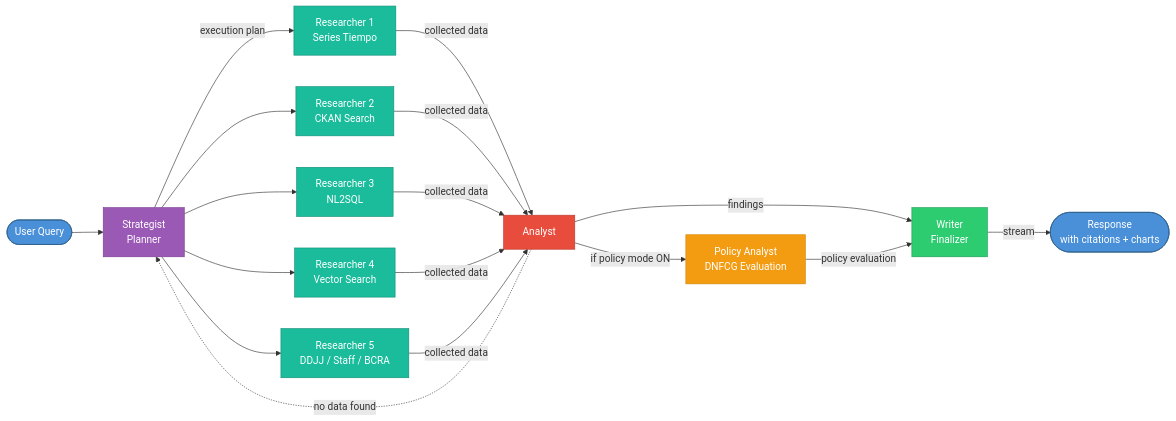
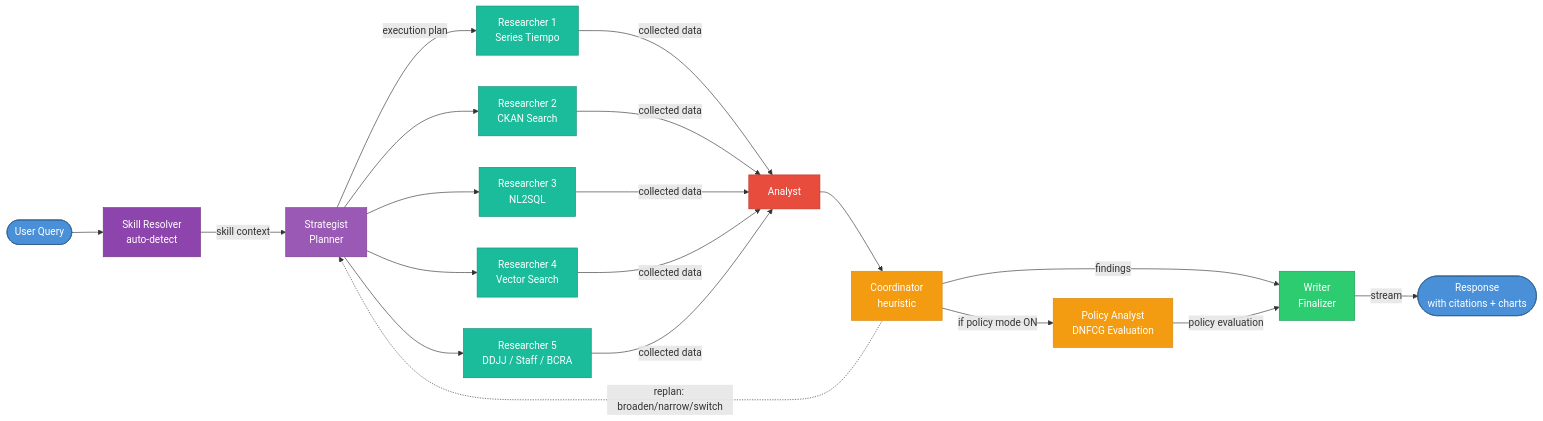
One commit to colossus-lab/openarg_backend changed the second of 5 diagrams in docs/diagrams.md. Above: the diagram before and after it, drawn with Mermaid. The commit also changed other lines of this file and 14 other files, not shown here.

````diff
--- a/docs/diagrams.md
+++ b/docs/diagrams.md
@@ -61,32 +65,36 @@
 ```mermaid
 graph LR
-    User([User Query]) --> Strategist
+    User([User Query]) --> Skills[Skill Resolver\nauto-detect]
+    Skills -->|skill context| Strategist
 
     Strategist[Strategist\nPlanner] -->|execution plan| R1[Researcher 1\nSeries Tiempo]
     Strategist --> R2[Researcher 2\nCKAN Search]
     Strategist --> R3[Researcher 3\nNL2SQL]
     Strategist --> R4[Researcher 4\nVector Search]
     Strategist --> R5[Researcher 5\nDDJJ / Staff / BCRA]
 
     R1 & R2 & R3 & R4 & R5 -->|collected data| Analyst[Analyst]
 
-    Analyst -->|if policy mode ON| Policy[Policy Analyst\nDNFCG Evaluation]
-    Analyst -->|findings| Writer[Writer\nFinalizer]
+    Analyst --> Coord[Coordinator\nheuristic]
+    Coord -->|if policy mode ON| Policy[Policy Analyst\nDNFCG Evaluation]
+    Coord -->|findings| Writer[Writer\nFinalizer]
     Policy -->|policy evaluation| Writer
 
     Writer -->|stream| Response([Response\nwith citations + charts])
 
-    Analyst -.->|no data found| Strategist
+    Coord -.->|replan: broaden/narrow/switch| Strategist
 
     style User fill:#4A90D9,stroke:#2C5F8A,color:#fff
+    style Skills fill:#8E44AD,stroke:#6C3483,color:#fff
     style Strategist fill:#9B59B6,stroke:#7A3D92,color:#fff
+    style Coord fill:#F39C12,stroke:#D68910,color:#fff
     style R1 fill:#1ABC9C,stroke:#148F77,color:#fff
     style R2 fill:#1ABC9C,stroke:#148F77,color:#fff
     style R3 fill:#1ABC9C,stroke:#148F77,color:#fff
     style R4 fill:#1ABC9C,stroke:#148F77,color:#fff
     style R5 fill:#1ABC9C,stroke:#148F77,color:#fff
     style Analyst fill:#E74C3C,stroke:#C0392B,color:#fff
     style Policy fill:#F39C12,stroke:#D68910,color:#fff
     style Writer fill:#2ECC71,stroke:#1A9B54,color:#fff
     style Response fill:#4A90D9,stroke:#2C5F8A,color:#fff
 ```
````
